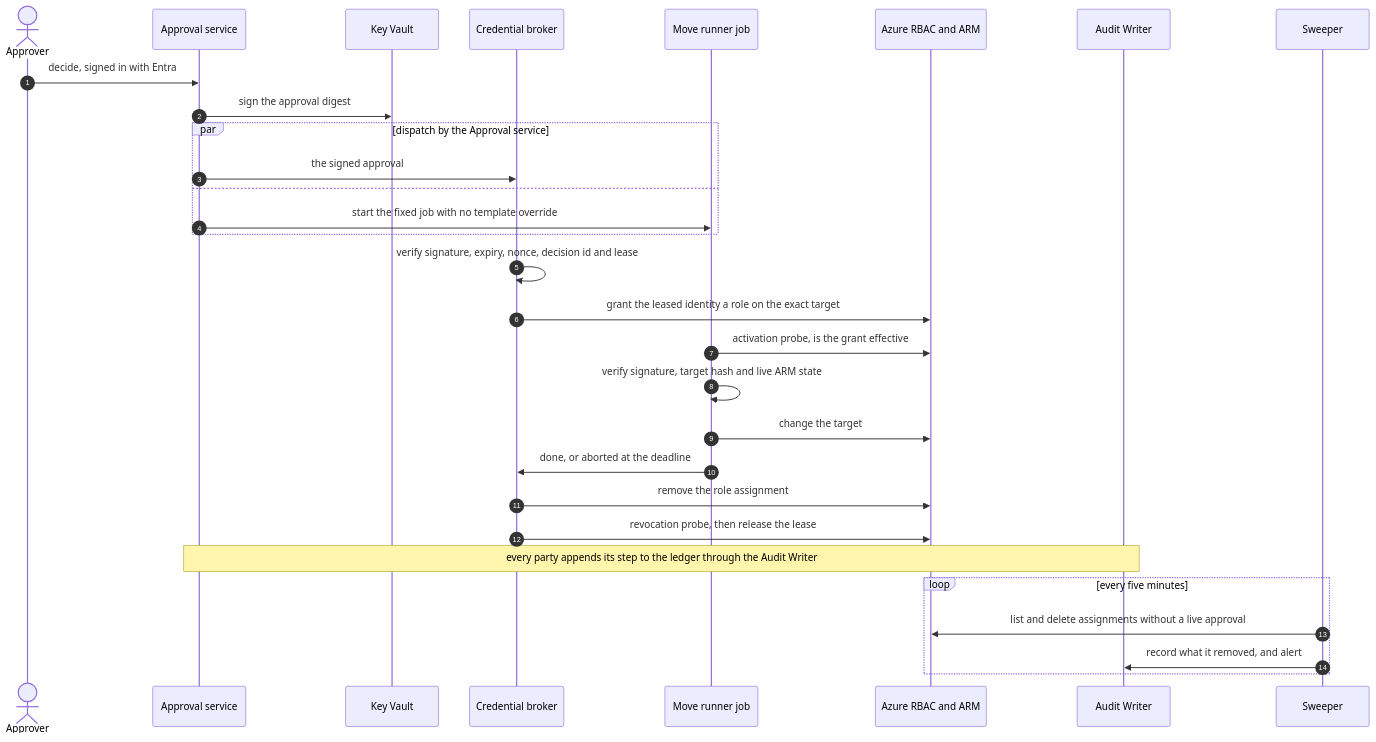
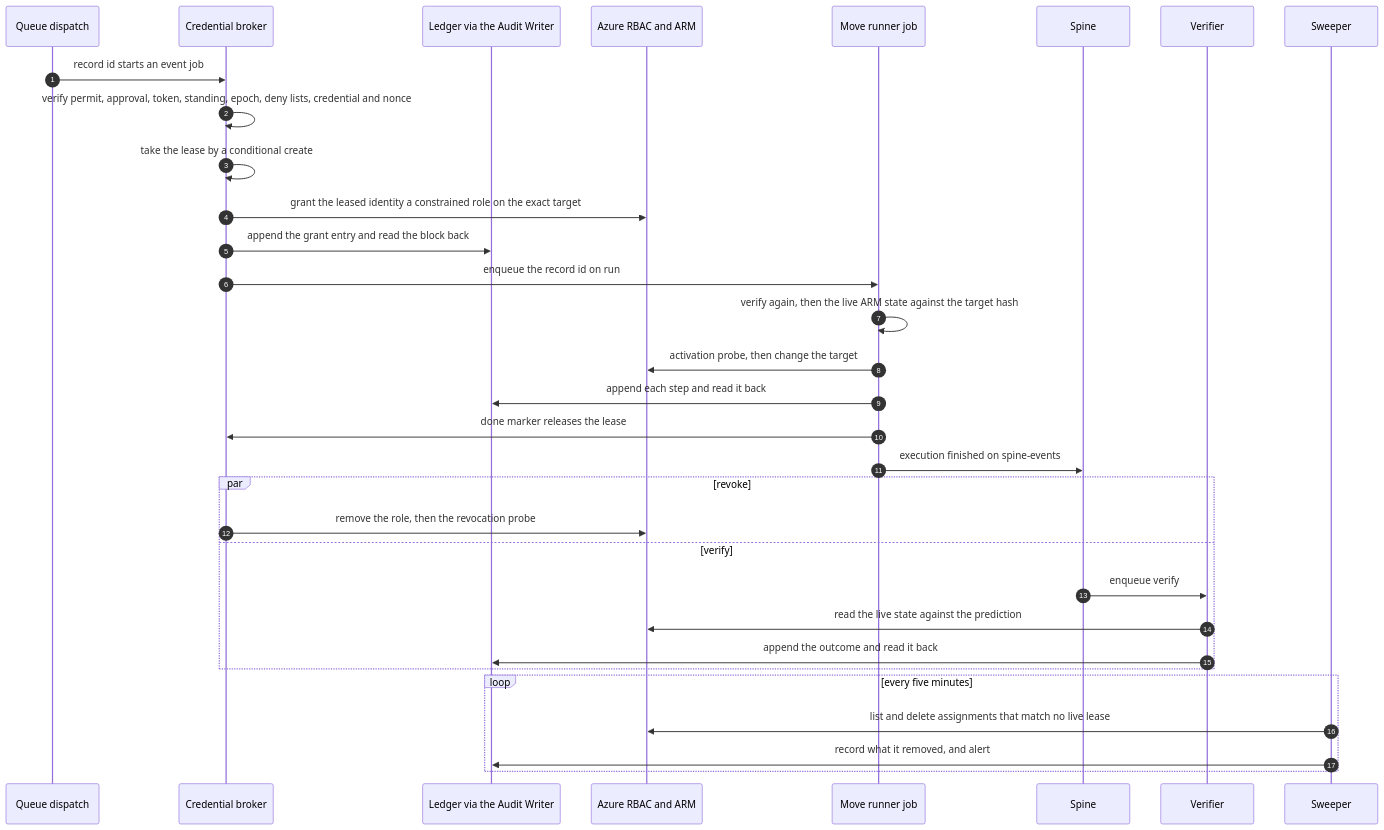
Before and after one commit to tinodo/meternaut: the second of 3 diagrams in docs/design/07-security-architecture.md, drawn with Mermaid. The commit also changed other lines of this file and 23 other files, not shown here.

````diff
--- a/docs/design/07-security-architecture.md
+++ b/docs/design/07-security-architecture.md
@@ -72,32 +110,34 @@
 ```mermaid
 sequenceDiagram
     autonumber
-    actor HUM as Approver
-    participant APR as Approval service
-    participant KV as Key Vault
+    participant QD as Queue dispatch
     participant BRK as Credential broker
+    participant LED as Ledger via the Audit Writer
+    participant ARM as Azure RBAC and ARM
     participant RUN as Move runner job
-    participant ARM as Azure RBAC and ARM
-    participant AWR as Audit Writer
+    participant SPN as Spine
+    participant VER as Verifier
     participant SWP as Sweeper
-    HUM->>APR: decide, signed in with Entra
-    APR->>KV: sign the approval digest
-    par dispatch by the Approval service
-        APR->>BRK: the signed approval
-    and
-        APR->>RUN: start the fixed job with no template override
+    QD->>BRK: record id starts an event job
+    BRK->>BRK: verify permit, approval, token, standing, epoch, deny lists, credential and nonce
+    BRK->>BRK: take the lease by a conditional create
+    BRK->>ARM: grant the leased identity a constrained role on the exact target
+    BRK->>LED: append the grant entry and read the block back
+    BRK->>RUN: enqueue the record id on run
+    RUN->>RUN: verify again, then the live ARM state against the target hash
+    RUN->>ARM: activation probe, then change the target
+    RUN->>LED: append each step and read it back
+    RUN->>BRK: done marker releases the lease
+    RUN->>SPN: execution finished on spine-events
+    par revoke
+        BRK->>ARM: remove the role, then the revocation probe
+    and verify
+        SPN->>VER: enqueue verify
+        VER->>ARM: read the live state against the prediction
+        VER->>LED: append the outcome and read it back
     end
-    BRK->>BRK: verify signature, expiry, nonce, decision id and lease
-    BRK->>ARM: grant the leased identity a role on the exact target
-    RUN->>ARM: activation probe, is the grant effective
-    RUN->>RUN: verify signature, target hash and live ARM state
-    RUN->>ARM: change the target
-    RUN->>BRK: done, or aborted at the deadline
-    BRK->>ARM: remove the role assignment
-    BRK->>ARM: revocation probe, then release the lease
-    Note over APR,AWR: every party appends its step to the ledger through the Audit Writer
     loop every five minutes
-        SWP->>ARM: list and delete assignments without a live approval
-        SWP->>AWR: record what it removed, and alert
+        SWP->>ARM: list and delete assignments that match no live lease
+        SWP->>LED: record what it removed, and alert
     end
 ```
````
